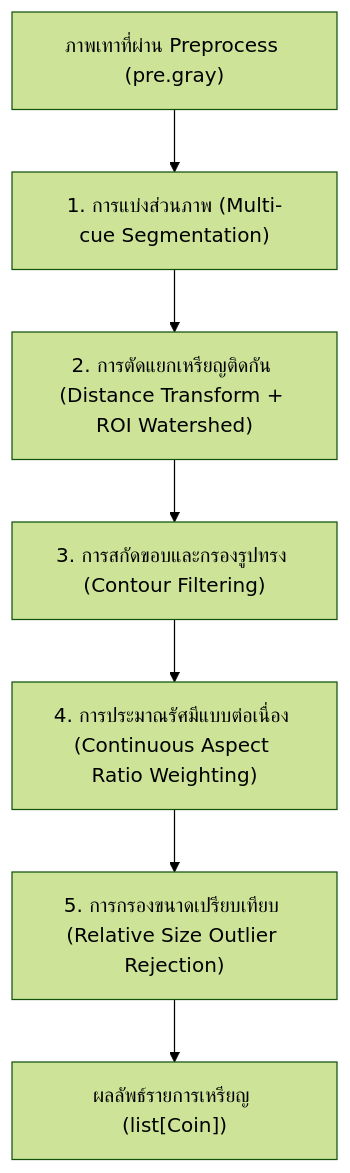
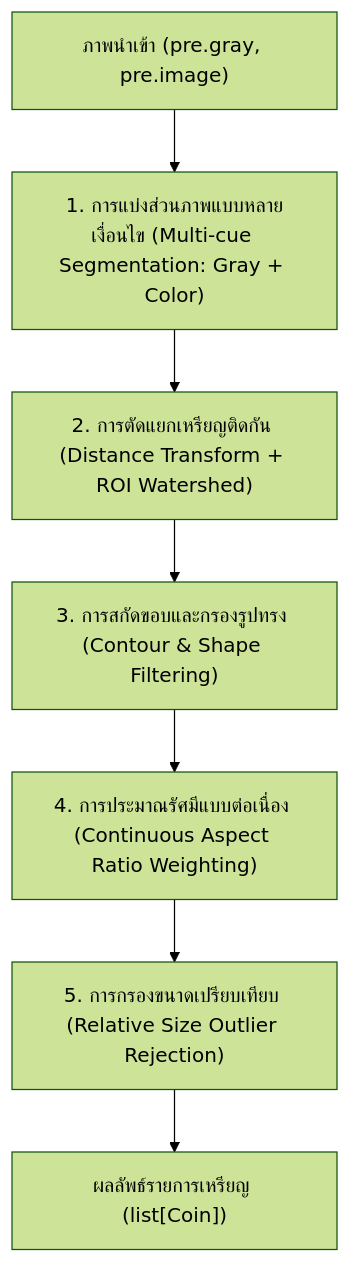
Before and after one commit to Peem-Atikorn/baht-counter: the diagram in docs/report/p2-detection.md, drawn with Mermaid (forest theme). The commit also changed other lines of this file and 2 other files, not shown here.

````diff
--- a/docs/report/p2-detection.md
+++ b/docs/report/p2-detection.md
@@ -12,9 +12,9 @@
 ```mermaid
 flowchart TD
-    A["ภาพเทาที่ผ่าน Preprocess (pre.gray)"] --> B["1. การแบ่งส่วนภาพ (Multi-cue Segmentation)"]
+    A["ภาพนำเข้า (pre.gray, pre.image)"] --> B["1. การแบ่งส่วนภาพแบบหลายเงื่อนไข (Multi-cue Segmentation: Gray + Color)"]
     B --> C["2. การตัดแยกเหรียญติดกัน (Distance Transform + ROI Watershed)"]
-    C --> D["3. การสกัดขอบและกรองรูปทรง (Contour Filtering)"]
+    C --> D["3. การสกัดขอบและกรองรูปทรง (Contour & Shape Filtering)"]
     D --> E["4. การประมาณรัศมีแบบต่อเนื่อง (Continuous Aspect Ratio Weighting)"]
     E --> F["5. การกรองขนาดเปรียบเทียบ (Relative Size Outlier Rejection)"]
     F --> G["ผลลัพธ์รายการเหรียญ (list[Coin])"]
 ```
````
